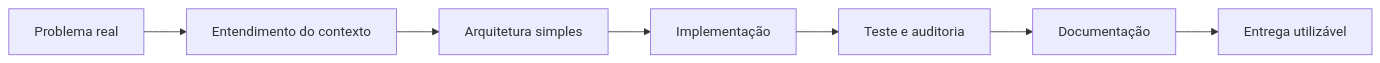
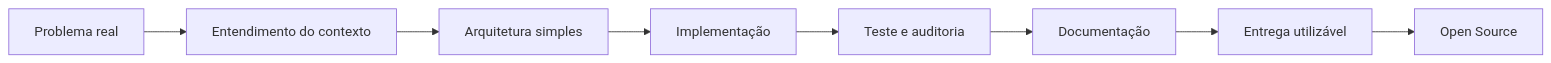
One commit to MiguelFAraujo/MiguelFAraujo changed the diagram in README.md. Above: the diagram before and after it, drawn with Mermaid. The commit also changed other lines of this file, not shown here.

Commit message:
Revamp profile: add maker, infra, and open-source sections

````diff
--- a/README.md
+++ b/README.md
@@ -111,9 +187,10 @@
 ```mermaid
 flowchart LR
   A["Problema real"] --> B["Entendimento do contexto"]
   B --> C["Arquitetura simples"]
   C --> D["Implementação"]
   D --> E["Teste e auditoria"]
   E --> F["Documentação"]
   F --> G["Entrega utilizável"]
+  G --> H["Open Source"]
 ```
````
